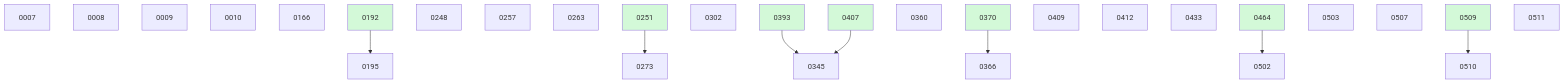
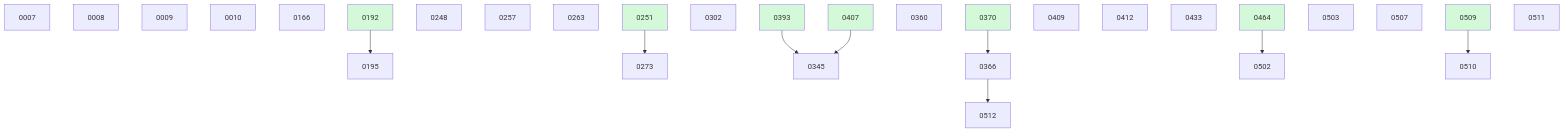
The diagram in docs/changes/BOARD.md (danielhanold/docket), drawn with Mermaid before and after one commit. The commit also changed other lines of this file and 1 other file, not shown here.

````diff
--- a/docs/changes/BOARD.md
+++ b/docs/changes/BOARD.md
@@ -47,34 +48,35 @@
 ```mermaid
 graph TD
   0007
   0008
   0009
   0010
   0166
   0192 --> 0195
   0248
   0257
   0263
   0251 --> 0273
   0302
   0393 --> 0345
   0407 --> 0345
   0360
   0370 --> 0366
   0409
   0412
   0433
   0464 --> 0502
   0503
   0507
   0509 --> 0510
   0511
+  0366 --> 0512
   0192:::done
   0251:::done
   0370:::done
   0393:::done
   0407:::done
   0464:::done
   0509:::done
   classDef done fill:#d3f9d8;
 ```
````
